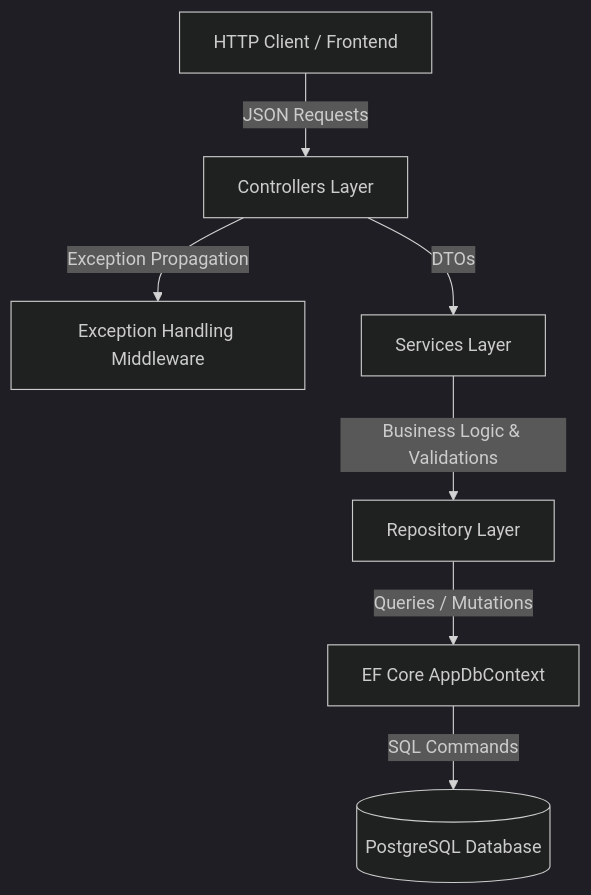
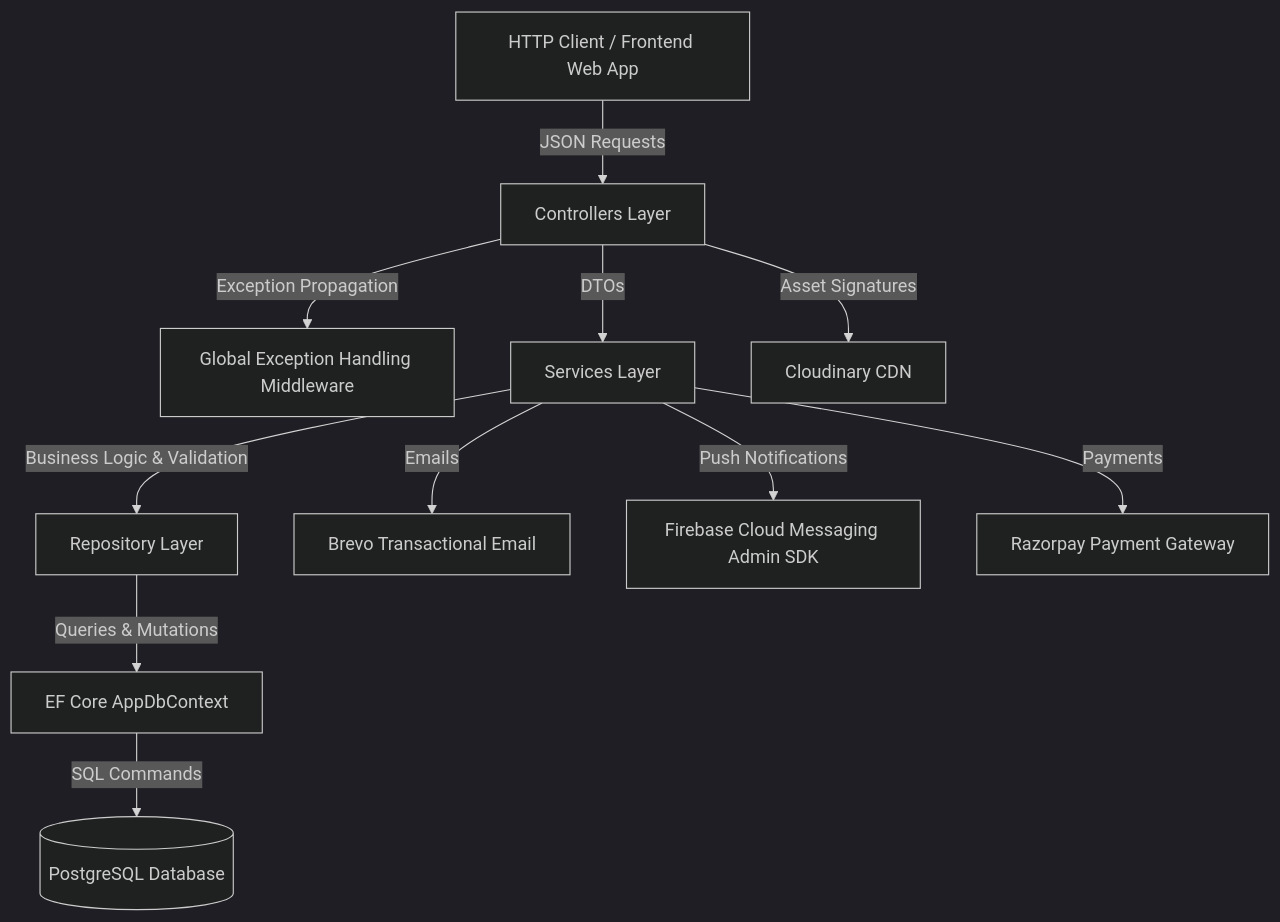
Before and after one commit to Cruise3d/cruise3d: the first of 2 diagrams in cruise3d-api/README.md, drawn with Mermaid (dark theme). The commit also changed other lines of this file and 24 other files, not shown here.

````diff
--- a/cruise3d-api/README.md
+++ b/cruise3d-api/README.md
@@ -11,9 +11,14 @@
 ```mermaid
 graph TD
-    Client[HTTP Client / Frontend] -->|JSON Requests| Controllers[Controllers Layer]
-    Controllers -->|Exception Propagation| ExceptionMW[Exception Handling Middleware]
+    Client[HTTP Client / Frontend Web App] -->|JSON Requests| Controllers[Controllers Layer]
+    Controllers -->|Exception Propagation| ExceptionMW[Global Exception Handling Middleware]
     Controllers -->|DTOs| Services[Services Layer]
-    Services -->|Business Logic & Validations| Repositories[Repository Layer]
-    Repositories -->|Queries / Mutations| EF[EF Core AppDbContext]
+    Services -->|Business Logic & Validation| Repositories[Repository Layer]
+    Repositories -->|Queries & Mutations| EF[EF Core AppDbContext]
     EF -->|SQL Commands| DB[(PostgreSQL Database)]
+
+    Services -->|Emails| Brevo[Brevo Transactional Email]
+    Services -->|Push Notifications| FCM[Firebase Cloud Messaging Admin SDK]
+    Services -->|Payments| Razorpay[Razorpay Payment Gateway]
+    Controllers -->|Asset Signatures| Cloudinary[Cloudinary CDN]
 ```
````
